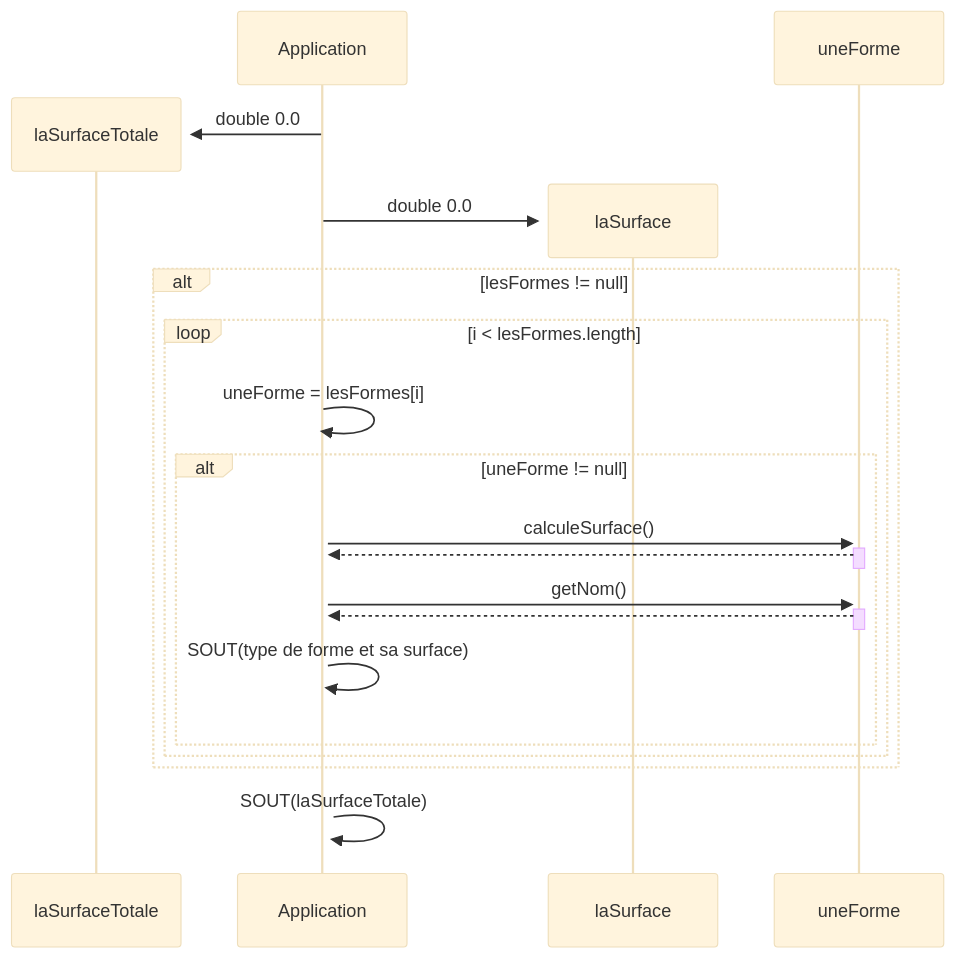
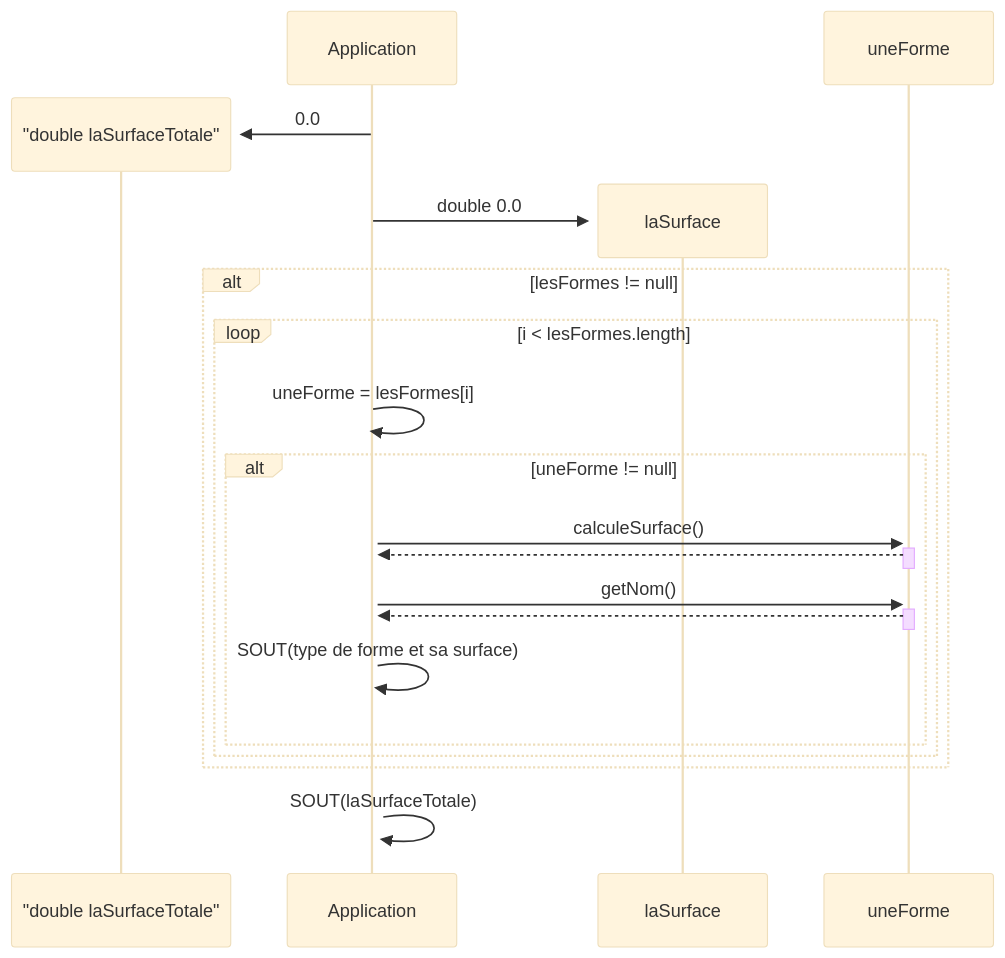
Before and after one commit to emf-info-320/320_EX_04_FORMES_BASE: the third of 4 diagrams in README.md, drawn with Mermaid (base theme).

````diff
--- a/README.md
+++ b/README.md
@@ -86,21 +86,21 @@
 ```mermaid
 sequenceDiagram
-    create participant laSurfaceTotale
-    Application->>+laSurfaceTotale: double 0.0
+    create participant "double laSurfaceTotale"
+    Application->>+"double laSurfaceTotale": 0.0
     create participant laSurface
     Application->>+laSurface: double 0.0
     alt lesFormes != null
         loop i < lesFormes.length
             Application ->>+ Application: uneForme = lesFormes[i]
             alt uneForme != null
                 Application ->>+ uneForme: calculeSurface()
                 uneForme -->>- Application: 
                 Application ->>+ uneForme: getNom()
                 uneForme -->>- Application: 
                 Application ->>+ Application: SOUT(type de forme et sa surface)
             end
         end
     end
 
     Application ->>+ Application: SOUT(laSurfaceTotale)
 ```
````
